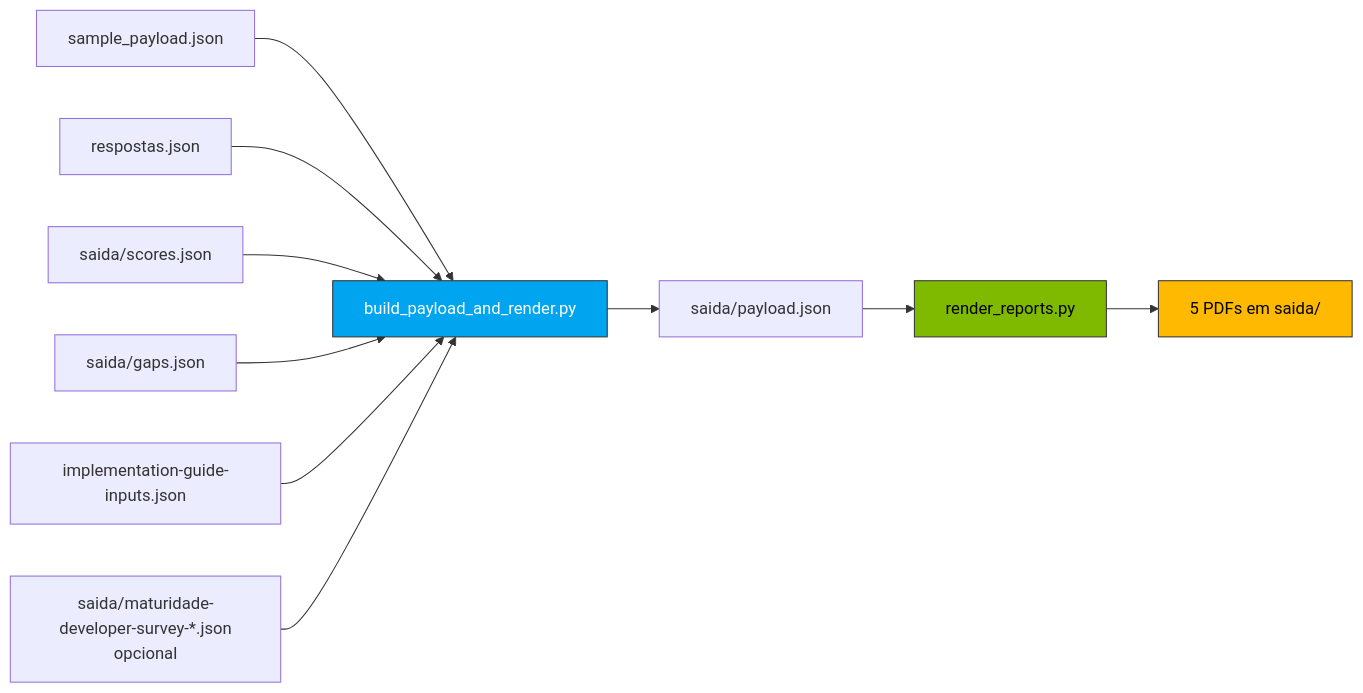
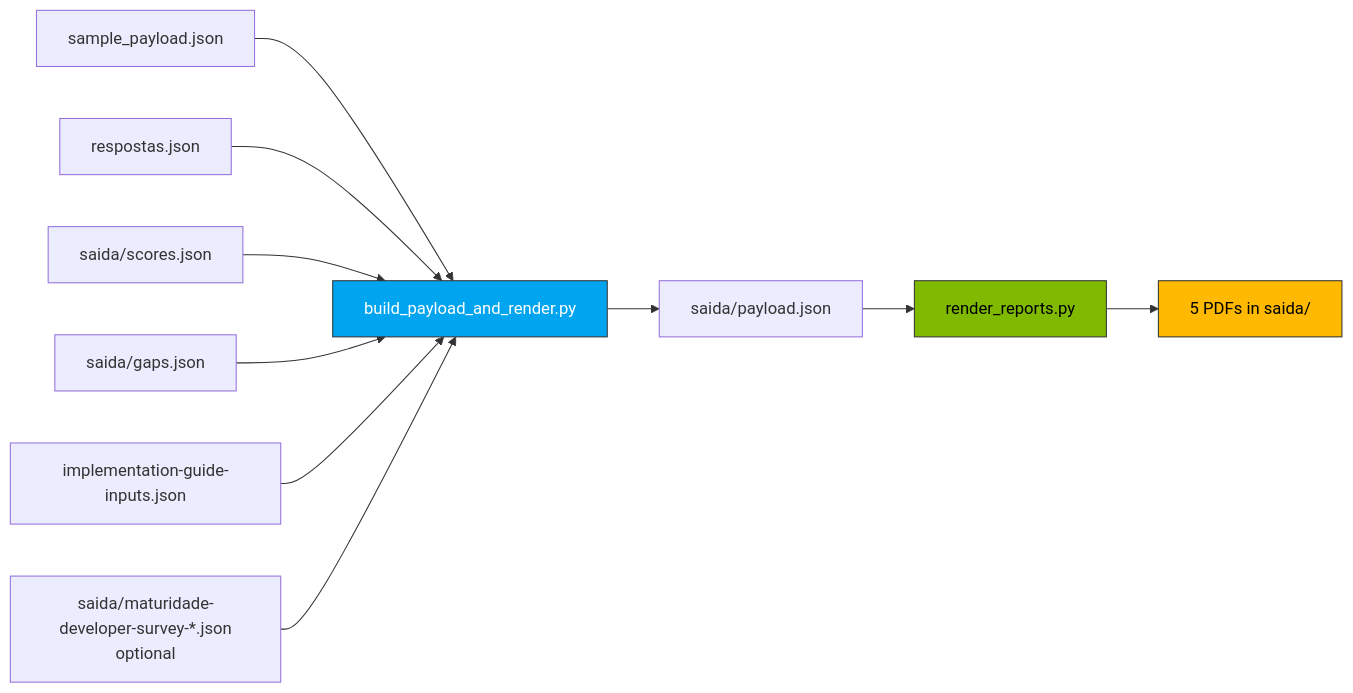
Before and after one commit to paulasilvatech/ai-maturity-client-kit: the diagram in relatorios/scripts/README.md, drawn with Mermaid. The commit also changed other lines of this file and 10 other files, not shown here.

````diff
--- a/relatorios/scripts/README.md
+++ b/relatorios/scripts/README.md
@@ -18,15 +20,15 @@
 ```mermaid
 flowchart LR
     A[sample_payload.json] --> M[build_payload_and_render.py]
     B[respostas.json] --> M
     C[saida/scores.json] --> M
     D[saida/gaps.json] --> M
     E[implementation-guide-inputs.json] --> M
-    F[saida/maturidade-developer-survey-*.json<br/>opcional] --> M
+    F[saida/maturidade-developer-survey-*.json<br/>optional] --> M
     M --> P[saida/payload.json]
     P --> R[render_reports.py]
-    R --> O[5 PDFs em saida/]
+    R --> O[5 PDFs in saida/]
     style M fill:#00A4EF,stroke:#333,color:#fff
     style R fill:#7FBA00,stroke:#333,color:#000
     style O fill:#FFB900,stroke:#333,color:#000
 ```
````
